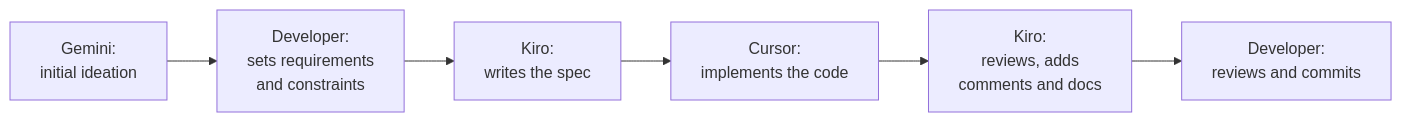
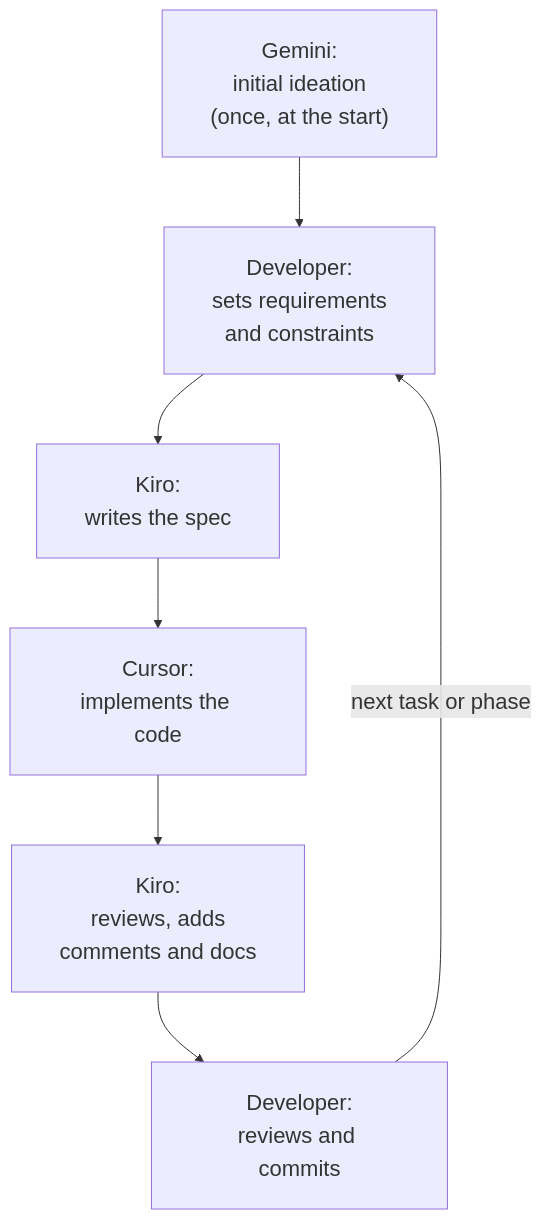
One commit to jconnors23/510-m3-nfl-prediction-analytics changed the diagram in docs/implementation/decisions.md. Above: the diagram before and after it, drawn with Mermaid. The commit also changed other lines of this file and 14 other files, not shown here.

````diff
--- a/docs/implementation/decisions.md
+++ b/docs/implementation/decisions.md
@@ -106,8 +108,10 @@
 ```mermaid
-flowchart LR
-    G["Gemini:<br/>initial ideation"] --> A["Developer:<br/>sets requirements<br/>and constraints"]
+%%{init: {"flowchart": {"nodeSpacing": 70, "rankSpacing": 70, "padding": 24}, "themeVariables": {"fontSize": "22px"}}}%%
+flowchart TB
+    G["Gemini:<br/>initial ideation<br/>(once, at the start)"] --> A["Developer:<br/>sets requirements<br/>and constraints"]
     A --> B["Kiro:<br/>writes the spec"]
     B --> C["Cursor:<br/>implements the code"]
     C --> D["Kiro:<br/>reviews, adds<br/>comments and docs"]
     D --> E["Developer:<br/>reviews and commits"]
+    E -->|"next task or phase"| A
 ```
````
